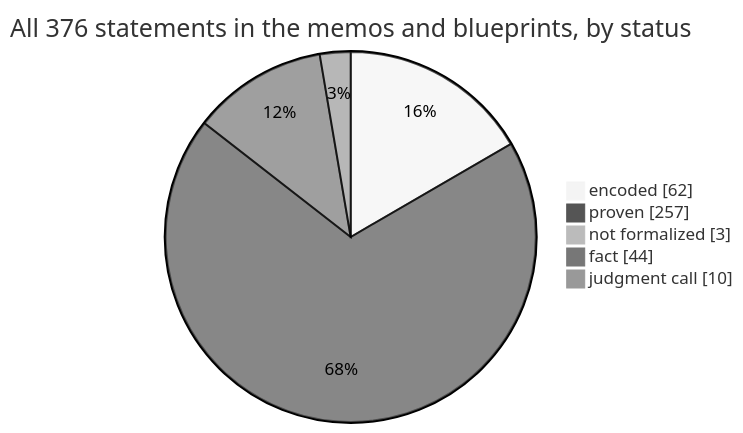
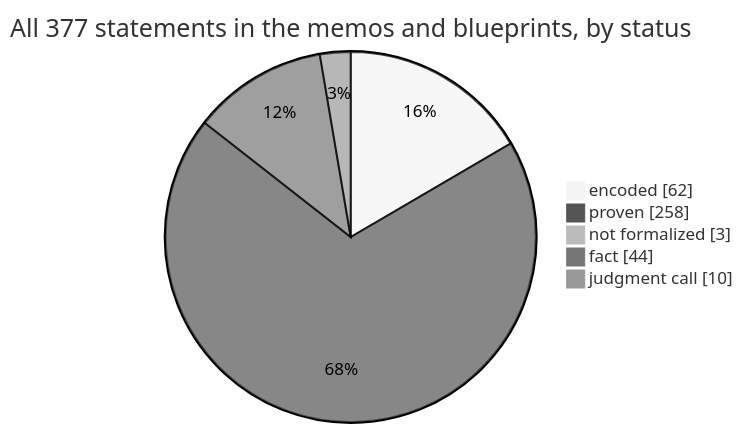
One commit to SeanWMurray/Canteen changed the first of 4 diagrams in docs/graphs/dashboard.md. Above: the diagram before and after it, drawn with Mermaid (neutral theme). The commit also changed other lines of this file and 15 other files, not shown here.

````diff
--- a/docs/graphs/dashboard.md
+++ b/docs/graphs/dashboard.md
@@ -11,8 +11,8 @@
 ```mermaid
-pie showData title All 376 statements in the memos and blueprints, by status
+pie showData title All 377 statements in the memos and blueprints, by status
     "encoded" : 62
-    "proven" : 257
+    "proven" : 258
     "not formalized" : 3
     "fact" : 44
     "judgment call" : 10
 ```
````
